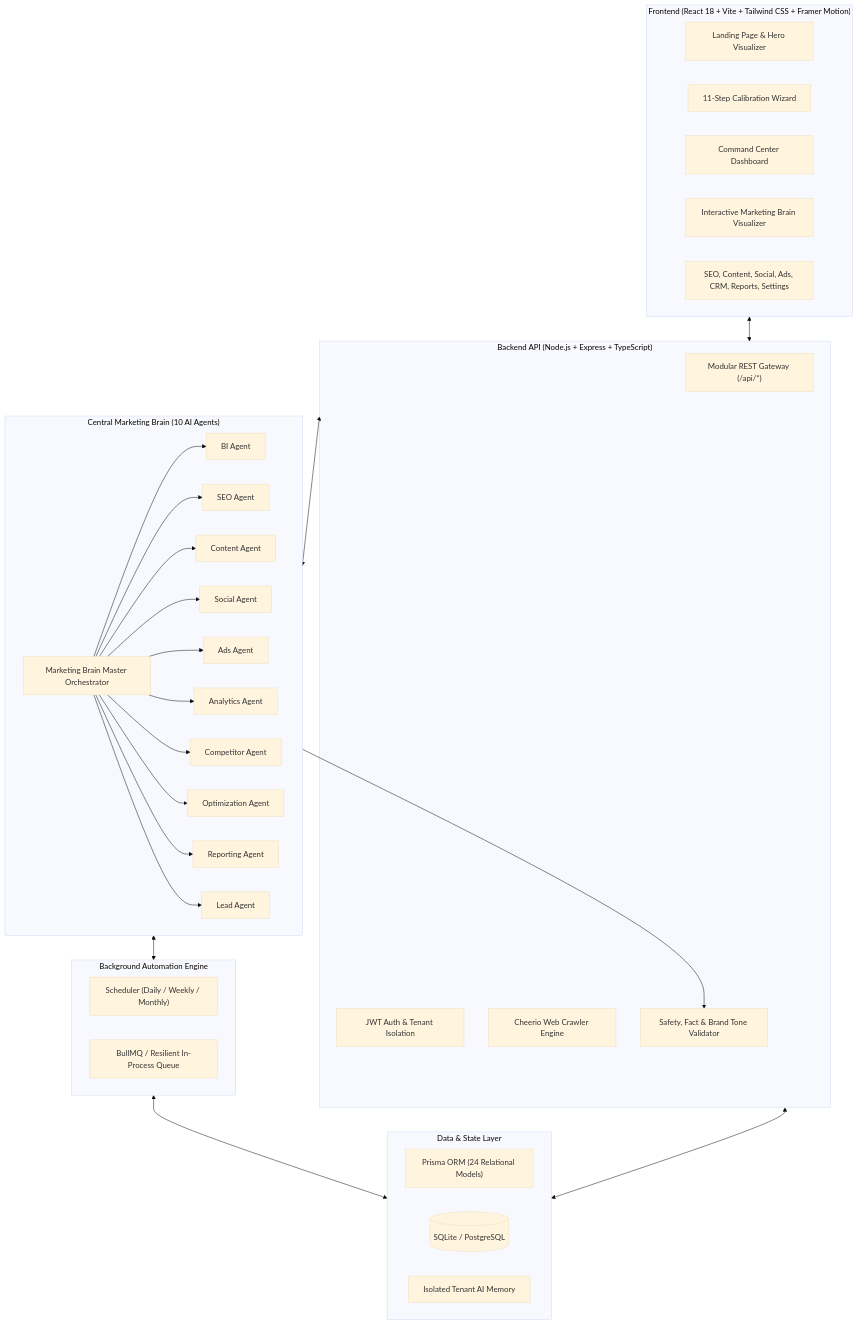
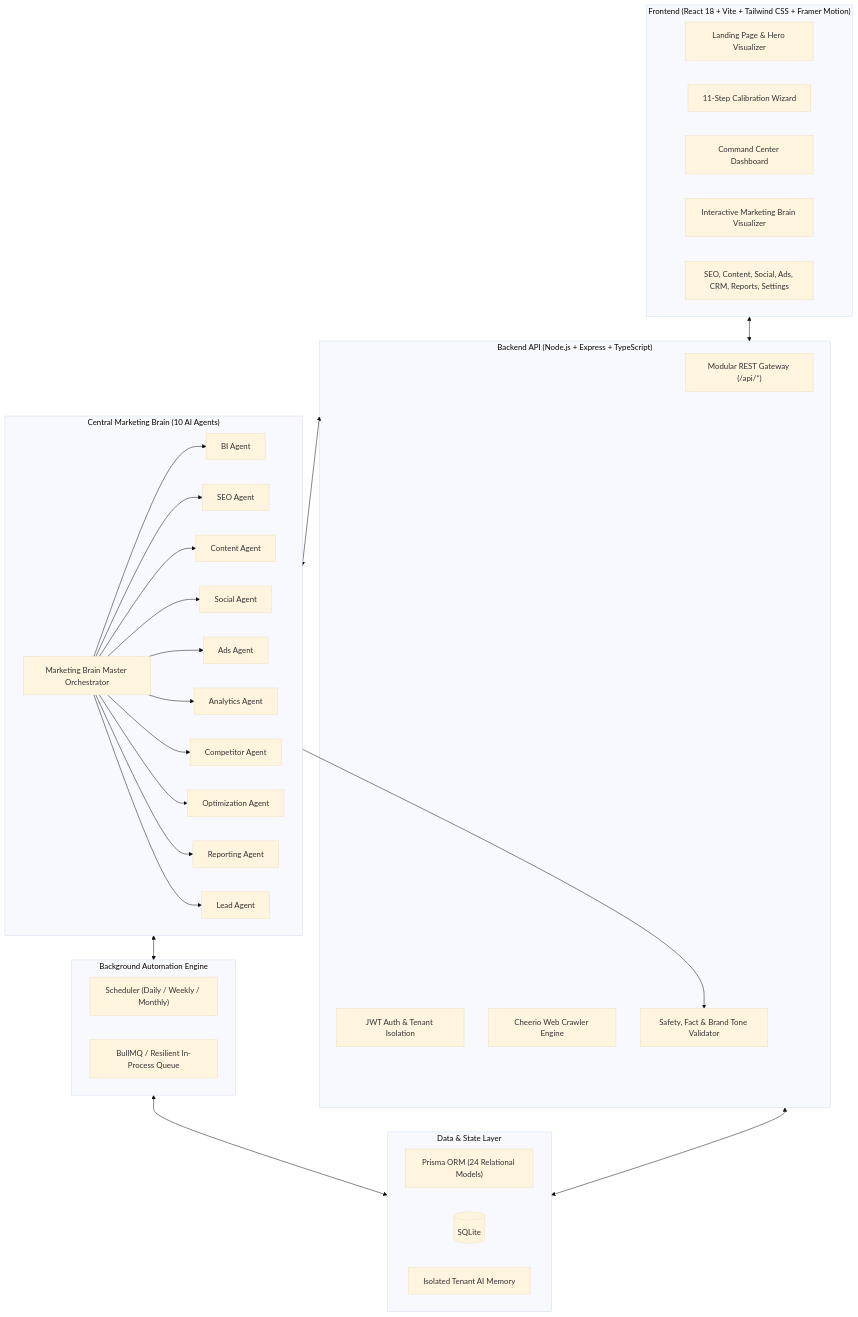
Before and after one commit to SiddhiRastogi706/add-on-ai: the diagram in README.md, drawn with Mermaid (base theme). The commit also changed other lines of this file and 16 other files, not shown here.

````diff
--- a/README.md
+++ b/README.md
@@ -39,50 +39,50 @@
 ```mermaid
 flowchart TD
     subgraph Frontend["Frontend (React 18 + Vite + Tailwind CSS + Framer Motion)"]
         Landing["Landing Page & Hero Visualizer"]
         Onboarding["11-Step Calibration Wizard"]
         Dashboard["Command Center Dashboard"]
         AgentGraph["Interactive Marketing Brain Visualizer"]
         Modules["SEO, Content, Social, Ads, CRM, Reports, Settings"]
     end
 
     subgraph BackendAPI["Backend API (Node.js + Express + TypeScript)"]
         Router["Modular REST Gateway (/api/*)"]
         AuthMid["JWT Auth & Tenant Isolation"]
         Crawler["Cheerio Web Crawler Engine"]
         Safety["Safety, Fact & Brand Tone Validator"]
     end
 
     subgraph CentralBrain["Central Marketing Brain (10 AI Agents)"]
         Brain["Marketing Brain Master Orchestrator"]
         BI["BI Agent"]
         SEO["SEO Agent"]
         Content["Content Agent"]
         Social["Social Agent"]
         Ads["Ads Agent"]
         Analytics["Analytics Agent"]
         Competitor["Competitor Agent"]
         Opt["Optimization Agent"]
         Report["Reporting Agent"]
         Lead["Lead Agent"]
     end
 
     subgraph BackgroundEngine["Background Automation Engine"]
         Scheduler["Scheduler (Daily / Weekly / Monthly)"]
         Queue["BullMQ / Resilient In-Process Queue"]
     end
 
     subgraph DataStorage["Data & State Layer"]
         PrismaORM["Prisma ORM (24 Relational Models)"]
-        Database[(SQLite / PostgreSQL)]
+        Database[(SQLite)]
         AIMemory["Isolated Tenant AI Memory"]
     end
 
     Frontend <--> BackendAPI
     BackendAPI <--> CentralBrain
     CentralBrain --> Safety
     CentralBrain <--> BackgroundEngine
     BackendAPI <--> DataStorage
     BackgroundEngine <--> DataStorage
     Brain --> BI & SEO & Content & Social & Ads & Analytics & Competitor & Opt & Report & Lead
 ```
````
